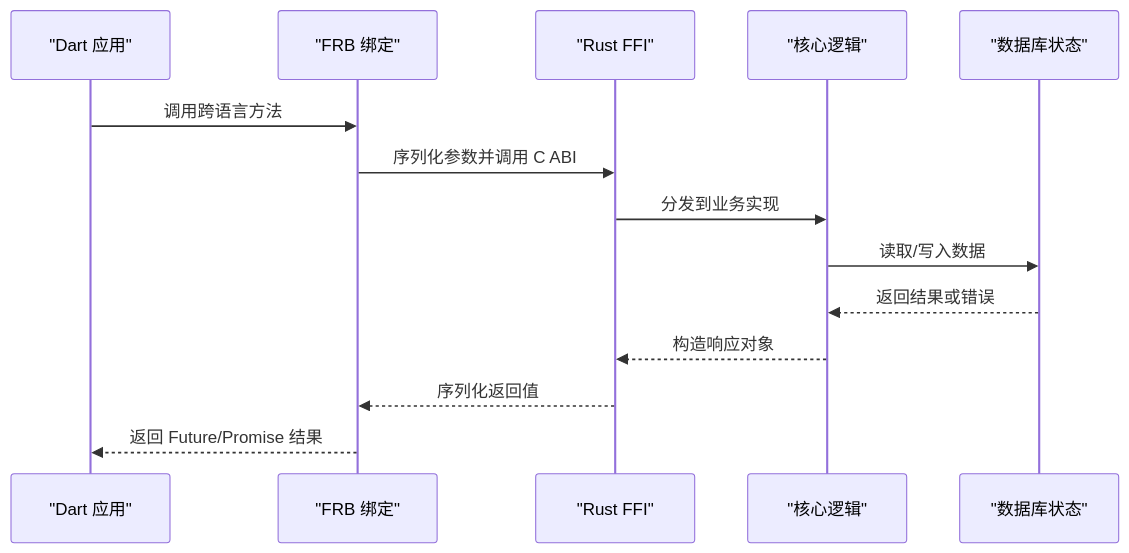
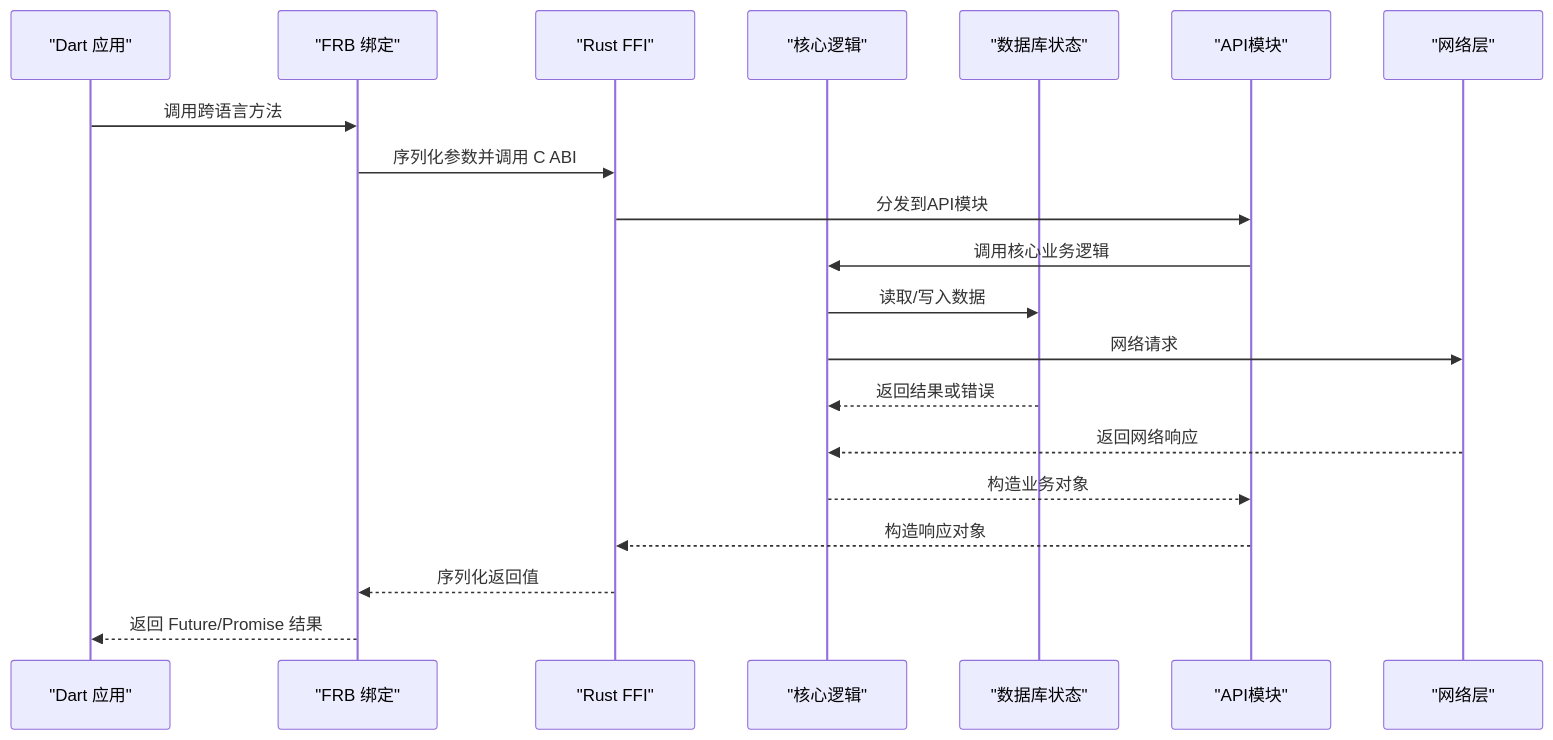
The second of 4 diagrams in .qoder/repowiki/zh/content/API参考/FFI跨语言接口.md (ZhangGHGitHub/LegadoTeamFlutter), drawn with Mermaid before and after one commit. The commit also changed other lines of this file and 66 other files, not shown here.

````diff
--- a/.qoder/repowiki/zh/content/API参考/FFI跨语言接口.md
+++ b/.qoder/repowiki/zh/content/API参考/FFI跨语言接口.md
@@ -97,16 +128,22 @@
 ```mermaid
 sequenceDiagram
 participant Dart as "Dart 应用"
 participant FRB as "FRB 绑定"
 participant Rust as "Rust FFI"
 participant Core as "核心逻辑"
 participant DB as "数据库状态"
+participant API as "API模块"
+participant Net as "网络层"
 Dart->>FRB : 调用跨语言方法
 FRB->>Rust : 序列化参数并调用 C ABI
-Rust->>Core : 分发到业务实现
+Rust->>API : 分发到API模块
+API->>Core : 调用核心业务逻辑
 Core->>DB : 读取/写入数据
+Core->>Net : 网络请求
 DB-->>Core : 返回结果或错误
-Core-->>Rust : 构造响应对象
+Net-->>Core : 返回网络响应
+Core-->>API : 构造业务对象
+API-->>Rust : 构造响应对象
 Rust-->>FRB : 序列化返回值
 FRB-->>Dart : 返回 Future/Promise 结果
 ```
````
